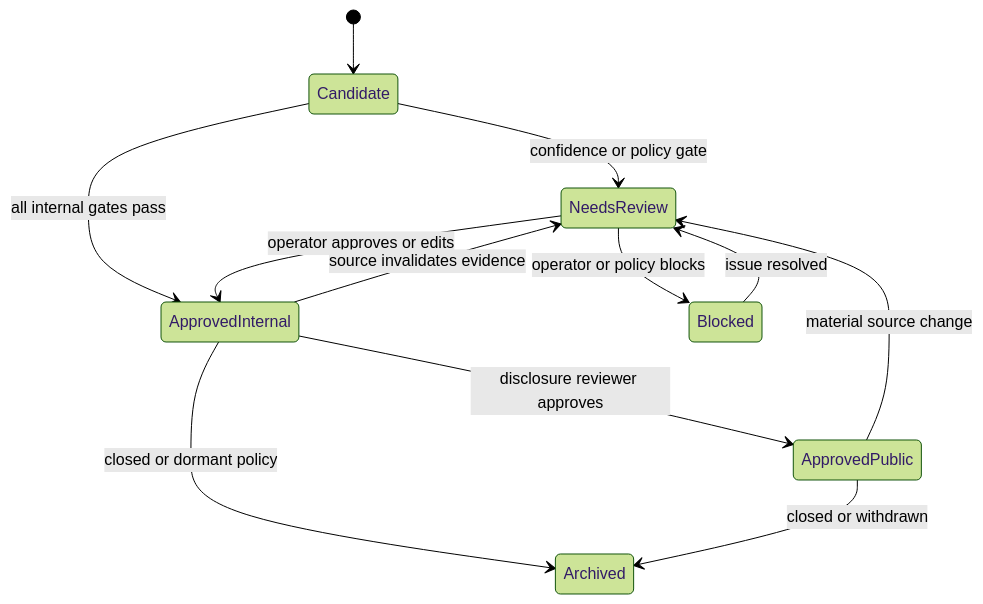
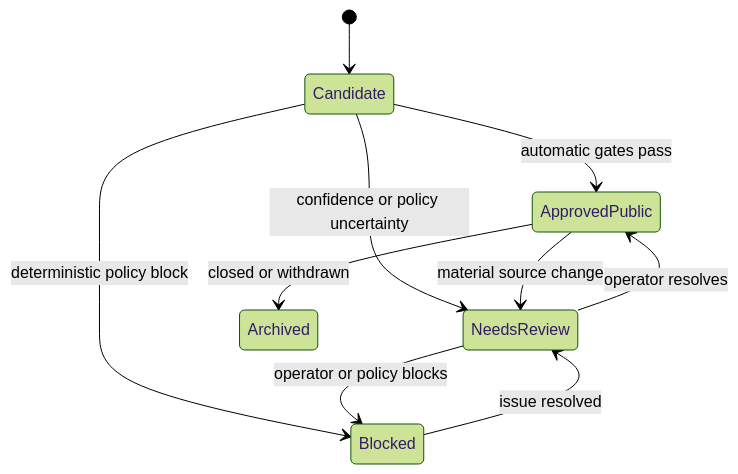
Before and after one commit to sedim3nt/horizon: the second of 2 diagrams in TECHNICAL_SPEC.md, drawn with Mermaid (forest theme). The commit also changed other lines of this file and 5 other files, not shown here.

````diff
--- a/TECHNICAL_SPEC.md
+++ b/TECHNICAL_SPEC.md
@@ -446,14 +443,12 @@
 ```mermaid
 stateDiagram-v2
     [*] --> Candidate
-    Candidate --> NeedsReview: confidence or policy gate
-    Candidate --> ApprovedInternal: all internal gates pass
-    NeedsReview --> ApprovedInternal: operator approves or edits
+    Candidate --> ApprovedPublic: automatic gates pass
+    Candidate --> NeedsReview: confidence or policy uncertainty
+    Candidate --> Blocked: deterministic policy block
+    NeedsReview --> ApprovedPublic: operator resolves
     NeedsReview --> Blocked: operator or policy blocks
-    ApprovedInternal --> ApprovedPublic: disclosure reviewer approves
-    ApprovedInternal --> NeedsReview: source invalidates evidence
     ApprovedPublic --> NeedsReview: material source change
-    ApprovedInternal --> Archived: closed or dormant policy
     ApprovedPublic --> Archived: closed or withdrawn
     Blocked --> NeedsReview: issue resolved
 ```
````
